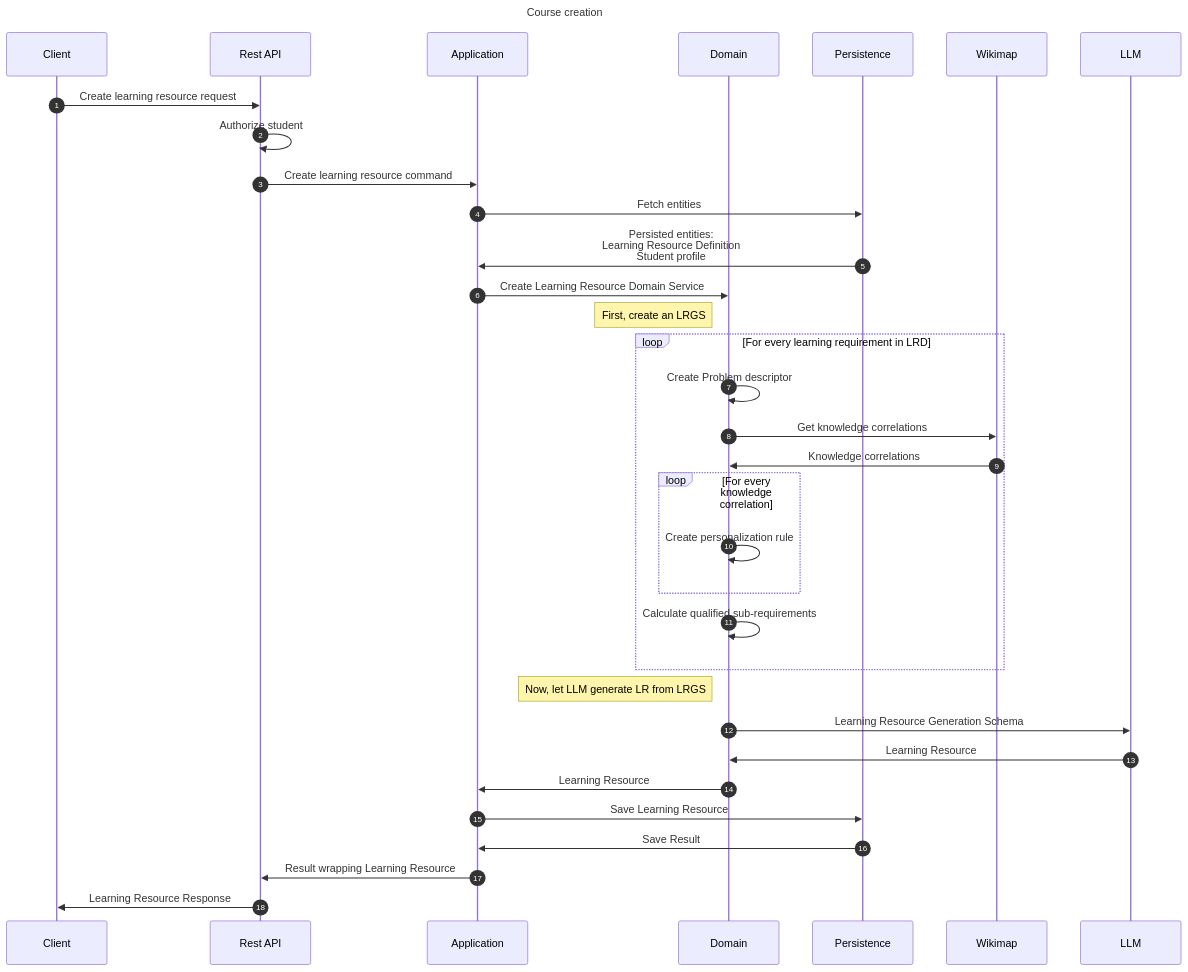
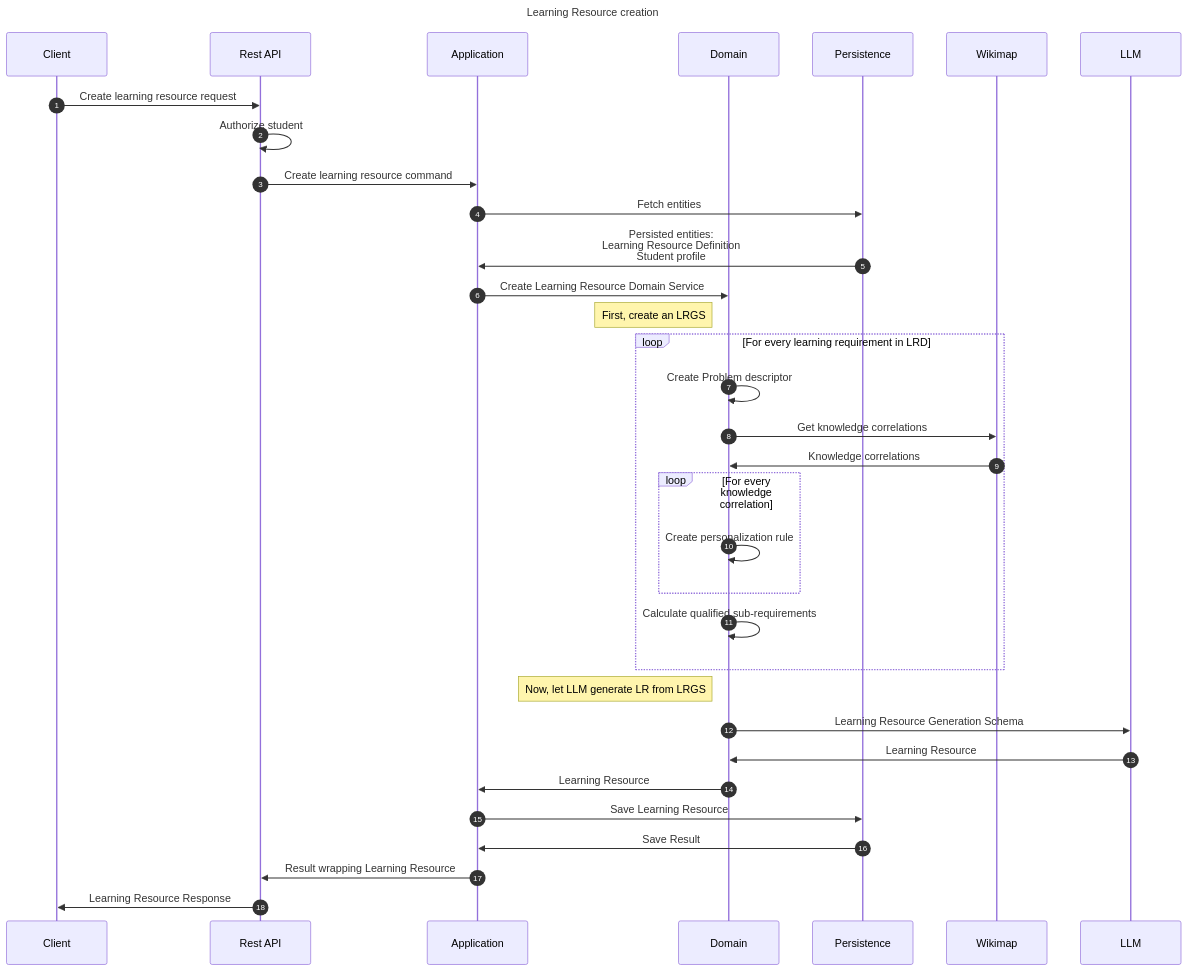
One commit to EdutieProject/edutie-backend changed the diagram in docs/edutie/flows/learning/learningresource/CreateLearningResource.md. Above: the diagram before and after it, drawn with Mermaid. The commit also changed 1 other file, not shown here.

Commit message:
Dev docs part 1

````diff
--- a/docs/edutie/flows/learning/learningresource/CreateLearningResource.md
+++ b/docs/edutie/flows/learning/learningresource/CreateLearningResource.md
@@ -6,40 +6,40 @@
 ```mermaid
 ---
-title: Course creation
+title: Learning Resource creation
 ---
 sequenceDiagram
     participant Client
     participant Rest API
     participant Application
     participant Domain
     participant Persistence
     participant Wikimap
     participant LLM
     autonumber
     
     Client->>Rest API: Create learning resource request
     Rest API->>Rest API: Authorize student
     Rest API->>Application: Create learning resource command
     Application->>Persistence: Fetch entities
     Persistence->>Application: Persisted entities:<br/>Learning Resource Definition<br/>Student profile
     Application->>Domain: Create Learning Resource Domain Service
    note left of Domain: First, create an LRGS
     loop For every learning requirement in LRD
         Domain->>Domain: Create Problem descriptor
         Domain->>Wikimap: Get knowledge correlations
         Wikimap->>Domain: Knowledge correlations
         loop For every knowledge correlation
             Domain->>Domain: Create personalization rule
         end
         Domain->>Domain: Calculate qualified sub-requirements
     end
     note left of Domain: Now, let LLM generate LR from LRGS
     Domain->>LLM: Learning Resource Generation Schema
     LLM->>Domain: Learning Resource
     Domain->>Application: Learning Resource
     Application->>Persistence: Save Learning Resource
     Persistence->>Application: Save Result
     Application->>Rest API: Result wrapping Learning Resource
     Rest API->>Client: Learning Resource Response
 
 ```
````
